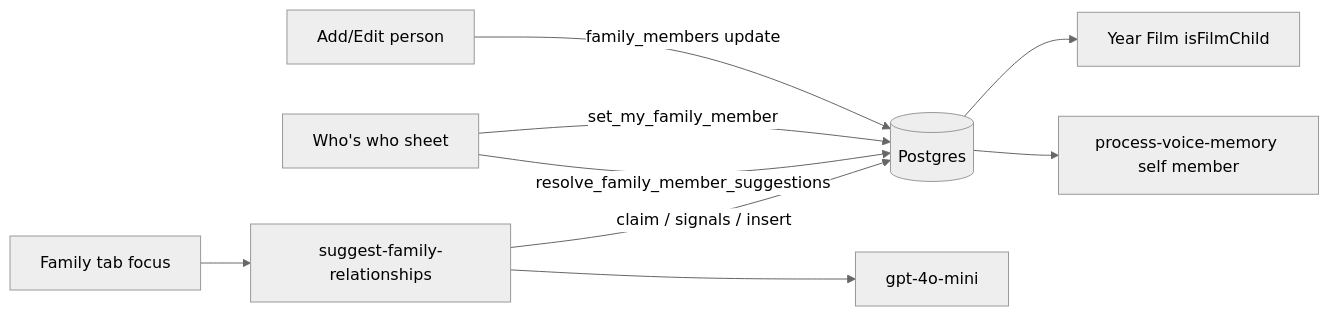
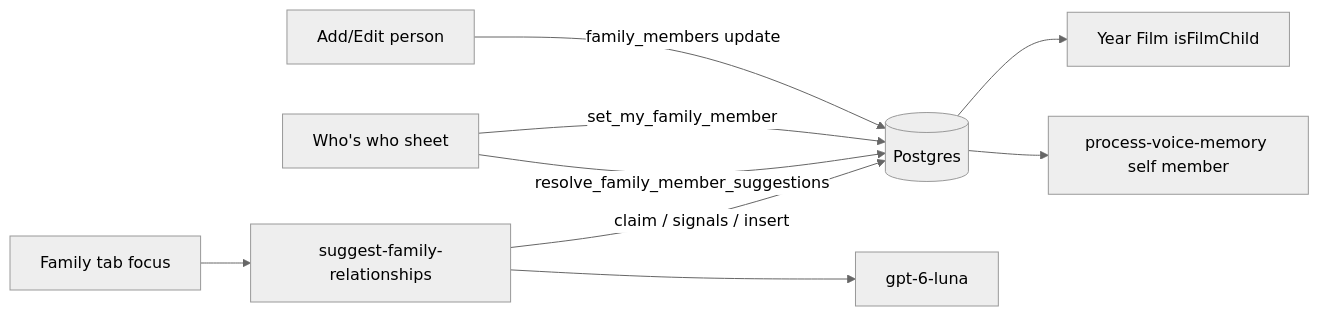
Before and after one commit to eduardoyi/newmomora: the diagram in docs/features/family-relationships.md, drawn with Mermaid (neutral theme). The commit also changed 27 other files, not shown here.

First line of the commit message:
Illustrations: camera director; routine chat/vision on gpt-6-luna

````diff
--- a/docs/features/family-relationships.md
+++ b/docs/features/family-relationships.md
@@ -95,11 +95,11 @@
 ```mermaid
 flowchart LR
   Tab[Family tab focus] --> Fn[suggest-family-relationships]
   Fn -->|claim / signals / insert| DB[(Postgres)]
-  Fn --> AI[gpt-4o-mini]
+  Fn --> AI[gpt-6-luna]
   Sheet[Who's who sheet] -->|resolve_family_member_suggestions| DB
   Sheet -->|set_my_family_member| DB
   Edit[Add/Edit person] -->|family_members update| DB
   DB --> Film[Year Film isFilmChild]
   DB --> Voice[process-voice-memory self member]
 ```
````
